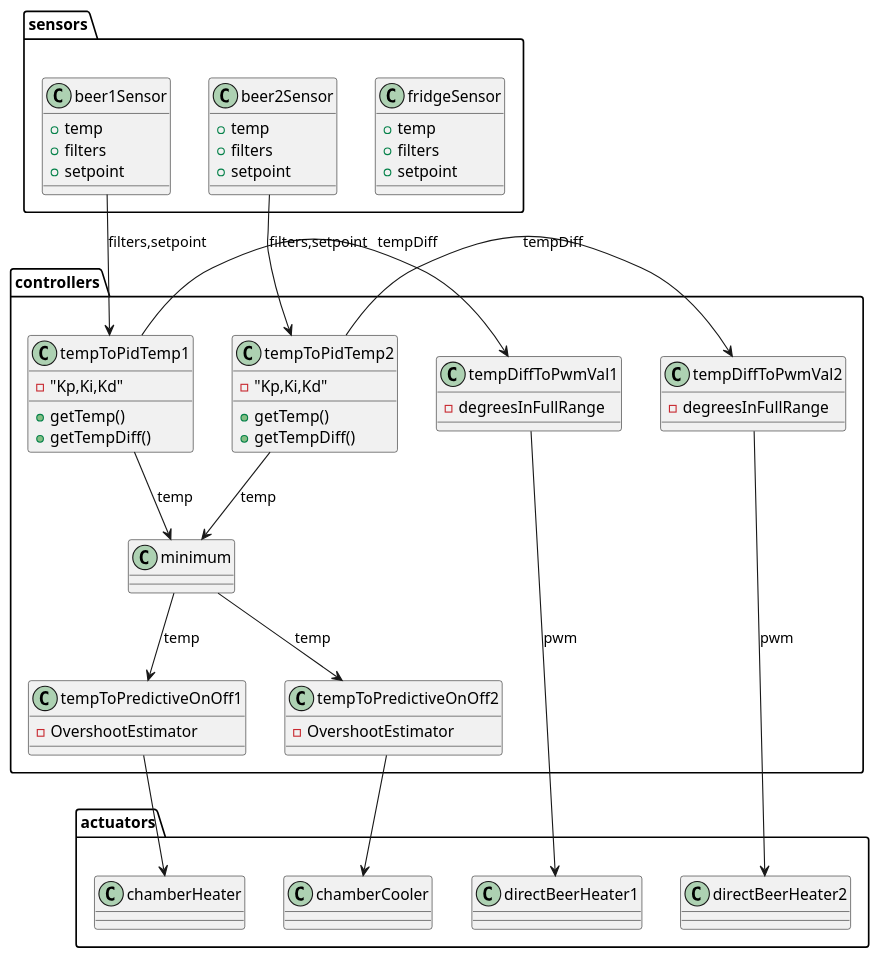
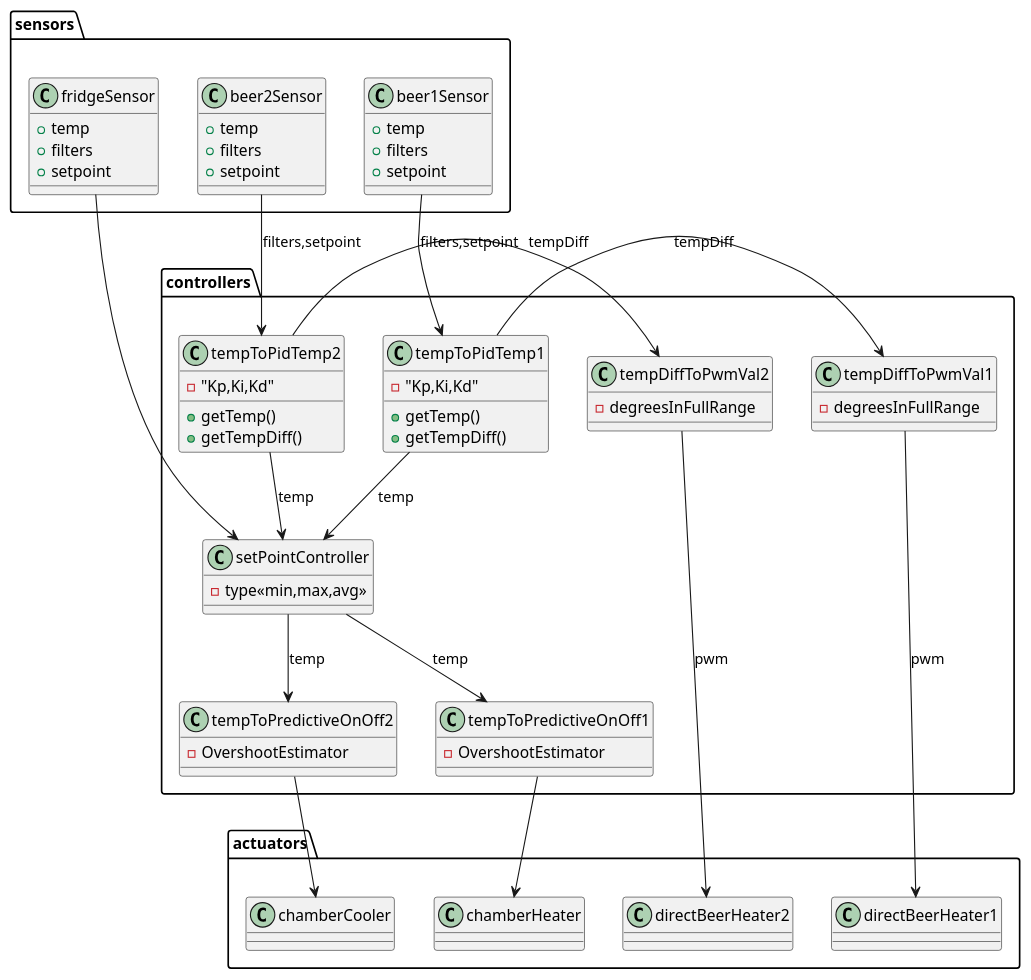
The diagram in source/new-classes-draft.rst (BrewPi/brewpi-developerdocs), drawn with PlantUML before and after one commit.

Commit message:
changes to class diagram: forgot to use fridge sensor

```diff
--- a/source/new-classes-draft.rst
+++ b/source/new-classes-draft.rst
@@ -5,75 +5,78 @@
 .. uml::
 
     package sensors{
         class fridgeSensor{
             +temp
             +filters
             +setpoint
         }
         class beer1Sensor{
             +temp
             +filters
             +setpoint
         }
         class beer2Sensor{
             +temp
             +filters
             +setpoint
         }
     }
 
     package controllers{
         class tempToPidTemp1{
             -"Kp,Ki,Kd"
             +getTemp()
             +getTempDiff()
         }
         class tempToPidTemp2{
             -"Kp,Ki,Kd"
             +getTemp()
             +getTempDiff()
         }
         class tempToPredictiveOnOff1{
             -OvershootEstimator
         }
         class tempToPredictiveOnOff2{
             -OvershootEstimator
         }
         class tempDiffToPwmVal1{
             -degreesInFullRange
         }
         class tempDiffToPwmVal2{
             -degreesInFullRange
         }
-        class minimum{
+        class setPointController{
+            -type<<min,max,avg>>
         }
     }
 
     package actuators{
         class chamberCooler{
         }
         class chamberHeater{
         }
         class directBeerHeater1{
         }
         class directBeerHeater2{
         }
     }
 
     tempToPidTemp1->tempDiffToPwmVal1:tempDiff
     tempToPidTemp2->tempDiffToPwmVal2:tempDiff
 
     tempDiffToPwmVal1->directBeerHeater1:pwm
     tempDiffToPwmVal2->directBeerHeater2:pwm
 
     beer1Sensor-->tempToPidTemp1:filters,setpoint
     beer2Sensor-->tempToPidTemp2:filters,setpoint
 
-    tempToPidTemp1-->minimum:temp
-    tempToPidTemp2-->minimum:temp
+    tempToPidTemp1-->setPointController:temp
+    tempToPidTemp2-->setPointController:temp
 
-    minimum-->tempToPredictiveOnOff1:temp
-    minimum-->tempToPredictiveOnOff2:temp
+    setPointController-->tempToPredictiveOnOff1:temp
+    setPointController-->tempToPredictiveOnOff2:temp
 
     tempToPredictiveOnOff1-->chamberHeater
     tempToPredictiveOnOff2-->chamberCooler
+
+    fridgeSensor-->setPointController
```
